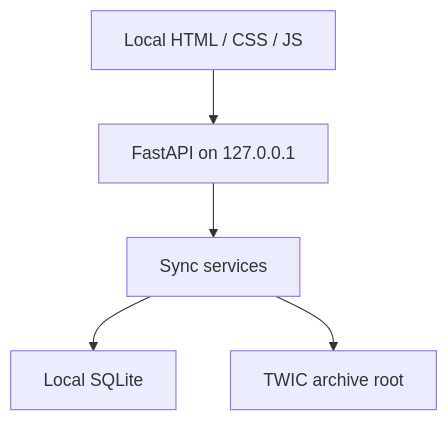
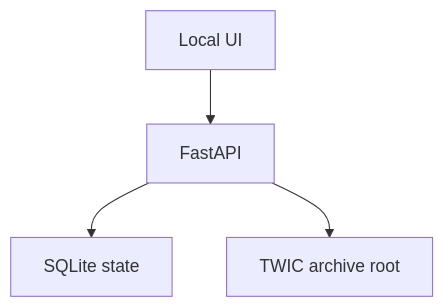
The diagram in docs/architecture.md (codeguy-jv2080/twic-archive-manager), drawn with Mermaid before and after one commit. The commit also changed other lines of this file and 4 other files, not shown here.

Commit message:
Rewrite TWIC documentation for FastAPI and SQLite

````diff
--- a/docs/architecture.md
+++ b/docs/architecture.md
@@ -5,7 +5,6 @@
 ```mermaid
 flowchart TD
-  UI["Local HTML / CSS / JS"] --> API["FastAPI on 127.0.0.1"]
-  API --> Services["Sync services"]
-  Services --> DB["Local SQLite"]
-  Services --> Files["TWIC archive root"]
+  UI["Local UI"] --> API["FastAPI"]
+  API --> DB["SQLite state"]
+  API --> Files["TWIC archive root"]
 ```
````
